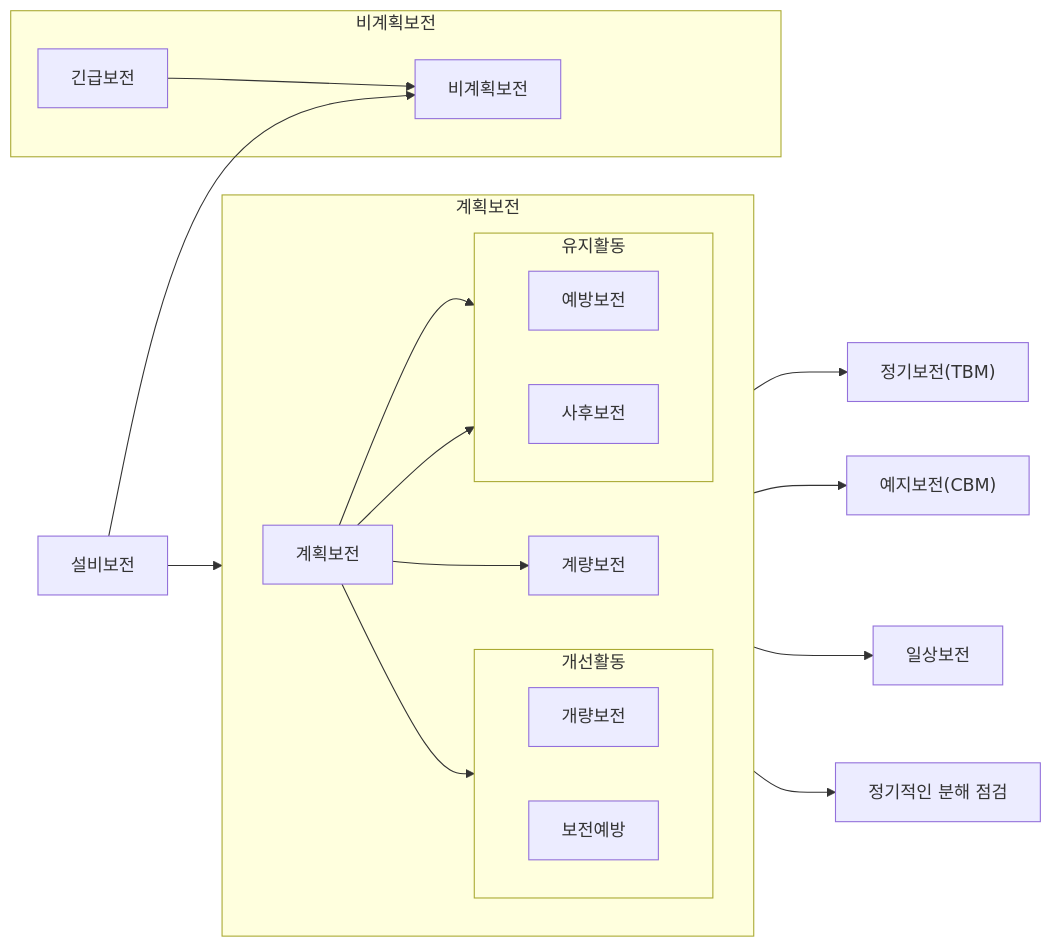
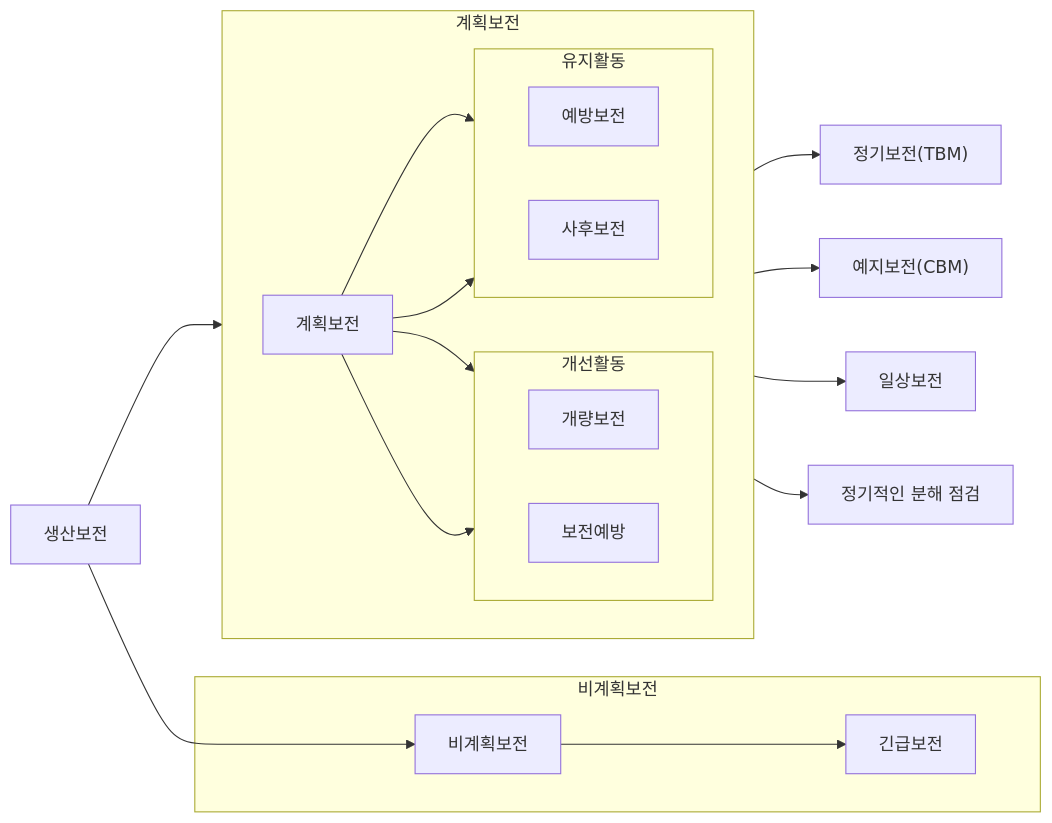
Before and after one commit to yeonkyupark/PEPC: the first of 2 diagrams in 3-5.설비보전관리.qmd, drawn with Mermaid. The commit also changed other lines of this file, not shown here.

````diff
--- a/3-5.설비보전관리.qmd
+++ b/3-5.설비보전관리.qmd
@@ -5,23 +11,23 @@
 ```{mermaid}
 flowchart LR
   subgraph sg2[비계획보전]
-    긴급보전 --> 비계획보전
+    비계획보전 --> 긴급보전
   end
   subgraph sg1[계획보전]
     direction LR 
     subgraph sg12[개선활동]
     direction LR 
       개량보전
       보전예방
     end 
     subgraph sg11[유지활동]
     direction LR
       예방보전
       사후보전
     end
-    계획보전 --> 예방보전 & 사후보전 & 계량보전 & 보전예방
+    계획보전 --> 예방보전 & 사후보전 & 개량보전 & 보전예방
   end
 
-설비보전 --> 계획보전 & 비계획보전
+생산보전 --> 계획보전 & 비계획보전
 예방보전 --> 1["정기보전(TBM)"] & 2["예지보전(CBM)"] & 3["일상보전"] & 4["정기적인 분해 점검"]  
 ```
````
